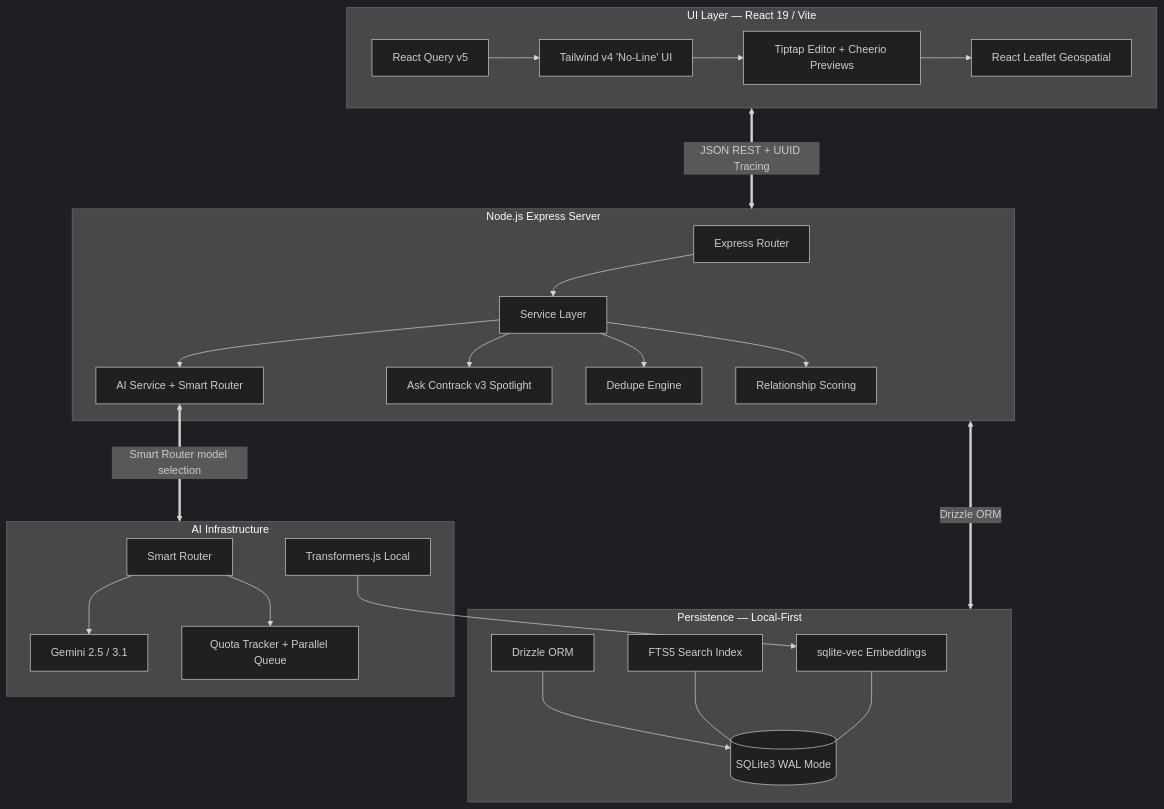
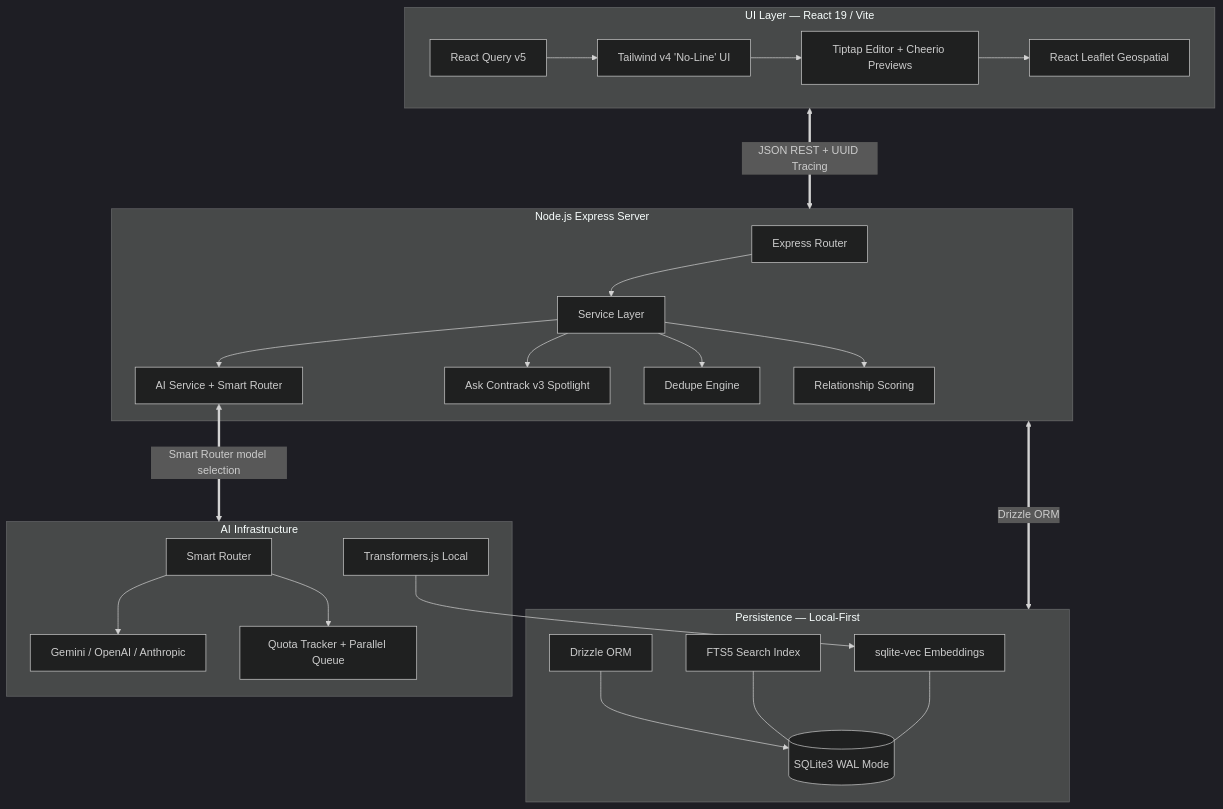
The diagram in README.md (arvarik/contrack), drawn with Mermaid (dark theme) before and after one commit. The commit also changed other lines of this file and 17 other files, not shown here.

````diff
--- a/README.md
+++ b/README.md
@@ -46,33 +177,33 @@
 ```mermaid
 graph TD
     subgraph Frontend ["UI Layer — React 19 / Vite"]
         RQ["React Query v5"] --> TW["Tailwind v4 'No-Line' UI"]
         TW --> TT["Tiptap Editor + Cheerio Previews"]
         TT --> Map["React Leaflet Geospatial"]
     end
 
     subgraph Backend ["Node.js Express Server"]
         EX["Express Router"] --> SVC["Service Layer"]
         SVC --> AI["AI Service + Smart Router"]
         SVC --> SRCH["Ask Contrack v3 Spotlight"]
         SVC --> DDP["Dedupe Engine"]
         SVC --> REL["Relationship Scoring"]
     end
 
     subgraph Storage ["Persistence — Local-First"]
         SQL[("SQLite3 WAL Mode")]
         DZ["Drizzle ORM"] --> SQL
         FTS["FTS5 Search Index"] --- SQL
         VEC["sqlite-vec Embeddings"] --- SQL
     end
 
     subgraph AILayer ["AI Infrastructure"]
-        SR["Smart Router"] --> GM["Gemini 2.5 / 3.1"]
+        SR["Smart Router"] --> Adapters["Gemini / OpenAI / Anthropic"]
         SR --> QT["Quota Tracker + Parallel Queue"]
         LE["Transformers.js Local"] --> VEC
     end
 
     Frontend <===>|"JSON REST + UUID Tracing"| Backend
     AI <===>|"Smart Router model selection"| AILayer
     Backend <===>|"Drizzle ORM"| Storage
 ```
````
